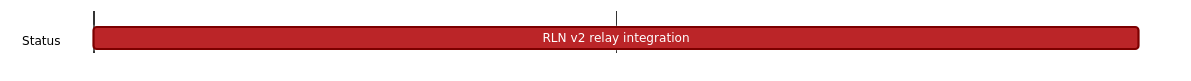
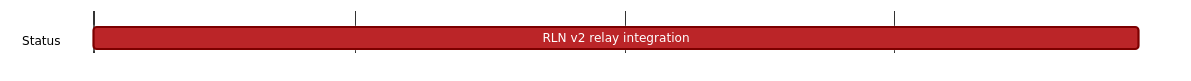
The diagram in content/vac/acz/rlnp2p/waku/rlnv2-relay-integration.md (logos-co/roadmap), drawn with Mermaid before and after one commit. The commit also changed other lines of this file and 1 other file, not shown here.

Commit message:
Vac ACZ roadmap update

````diff
--- a/content/vac/acz/rlnp2p/waku/rlnv2-relay-integration.md
+++ b/content/vac/acz/rlnp2p/waku/rlnv2-relay-integration.md
@@ -8,20 +8,20 @@
 ```mermaid
 %%{ 
   init: { 
     'theme': 'base', 
     'themeVariables': { 
       'primaryColor': '#BB2528', 
       'primaryTextColor': '#fff', 
       'primaryBorderColor': '#7C0000', 
       'lineColor': '#F8B229', 
       'secondaryColor': '#006100', 
       'tertiaryColor': '#fff' 
     } 
   } 
 }%%
 gantt
   tickInterval 1month
   dateFormat YYYY-MM-DD 
   section Status
-    RLN v2 relay integration:  2023-11-01, 2023-12-31
+    RLN v2 relay integration:  2023-11-01, 2024-02-29
 ```
````
